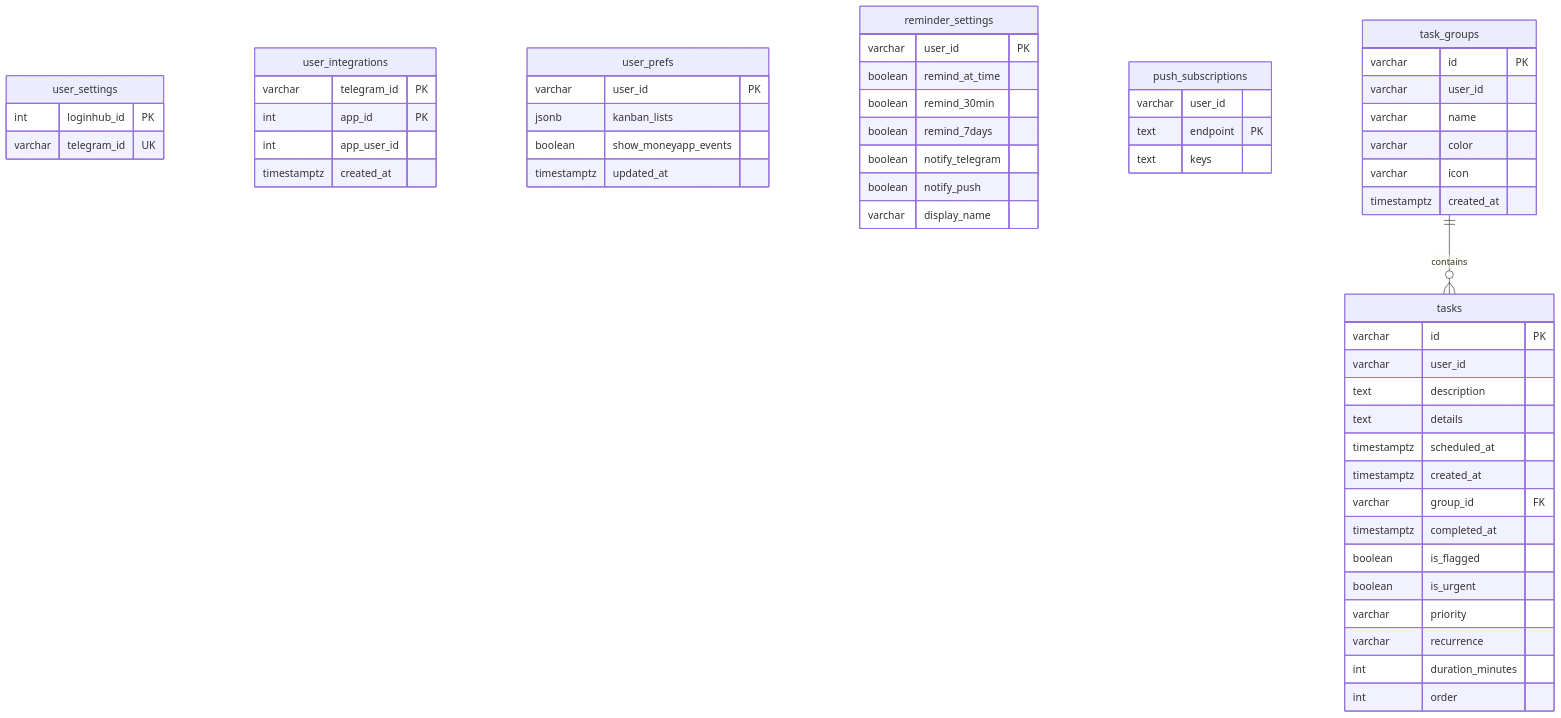
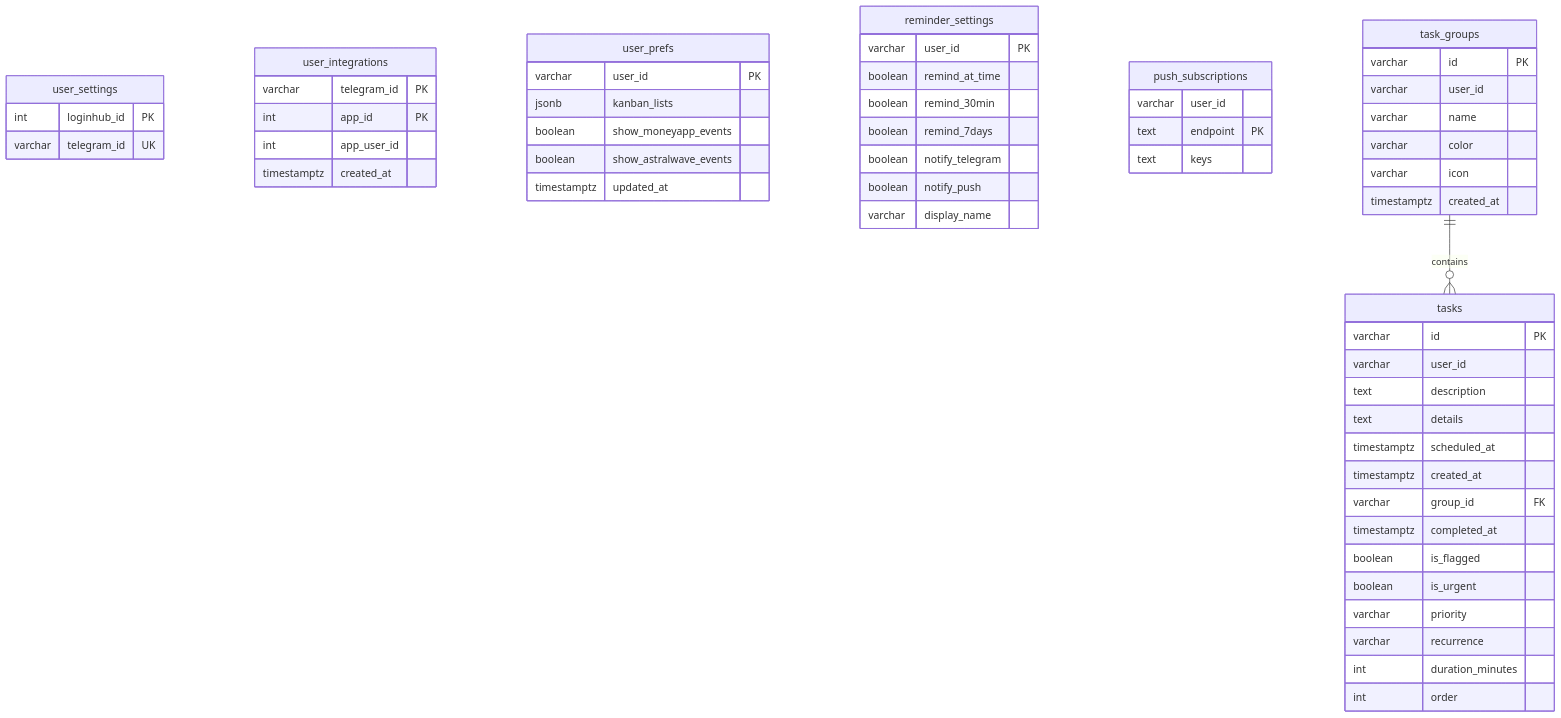
The second of 2 diagrams in README.md (moablive/LBS_TodoAPP), drawn with Mermaid before and after one commit. The commit also changed other lines of this file and 14 other files, not shown here.

````diff
--- a/README.md
+++ b/README.md
@@ -183,58 +186,59 @@
 ```mermaid
 erDiagram
   user_settings {
     int loginhub_id PK
     varchar telegram_id UK
   }
   user_integrations {
     varchar telegram_id PK
     int app_id PK
     int app_user_id
     timestamptz created_at
   }
   user_prefs {
     varchar user_id PK
     jsonb kanban_lists
     boolean show_moneyapp_events
+    boolean show_astralwave_events
     timestamptz updated_at
   }
   reminder_settings {
     varchar user_id PK
     boolean remind_at_time
     boolean remind_30min
     boolean remind_7days
     boolean notify_telegram
     boolean notify_push
     varchar display_name
   }
   push_subscriptions {
     varchar user_id
     text endpoint PK
     text keys
   }
   task_groups {
     varchar id PK
     varchar user_id
     varchar name
     varchar color
     varchar icon
     timestamptz created_at
   }
   tasks {
     varchar id PK
     varchar user_id
     text description
     text details
     timestamptz scheduled_at
     timestamptz created_at
     varchar group_id FK
     timestamptz completed_at
     boolean is_flagged
     boolean is_urgent
     varchar priority
     varchar recurrence
     int duration_minutes
     int order
   }
   task_groups ||--o{ tasks : contains
 ```
````
